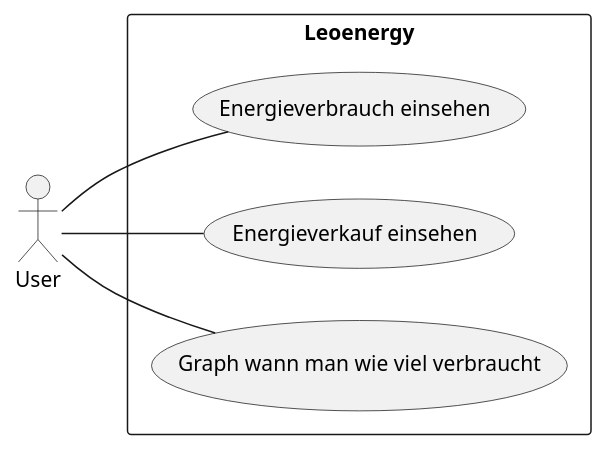
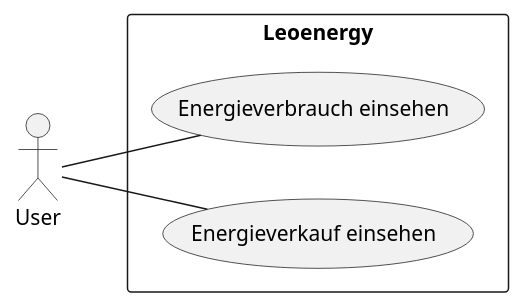
Before and after one commit to RadicSebastian3/2325-4chif-syp-project-iot-dashboard: the diagram in asciidocs/puml/ucd.puml, drawn with PlantUML. The commit also changed 2 other files, not shown here.

```diff
--- a/asciidocs/puml/ucd.puml
+++ b/asciidocs/puml/ucd.puml
@@ -1,13 +1,11 @@
 @startuml
 left to right direction
 actor "User" as cd
 rectangle Leoenergy {
   usecase "Energieverbrauch einsehen" as energyConsumption
   usecase "Energieverkauf einsehen" as energySell
-  usecase "Graph wann man wie viel verbraucht" as howMuchEnergyIsUsed
 }
 cd -- energyConsumption
 cd -- energySell
-cd -- howMuchEnergyIsUsed
 
 @enduml
```
